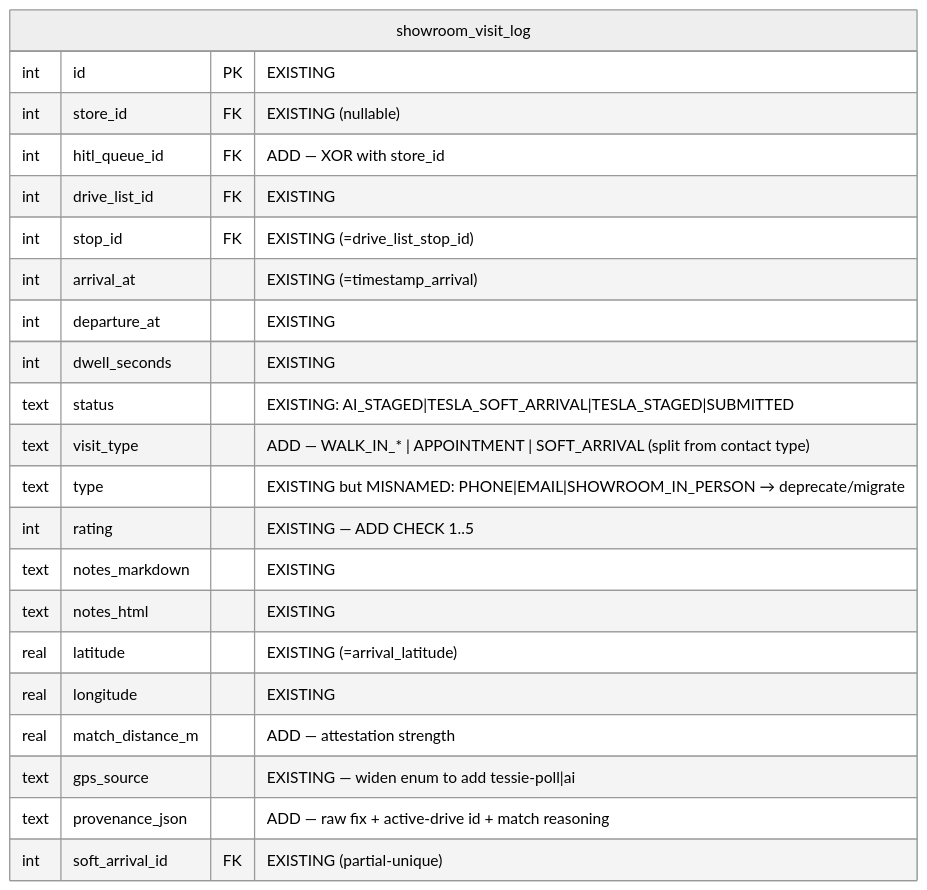
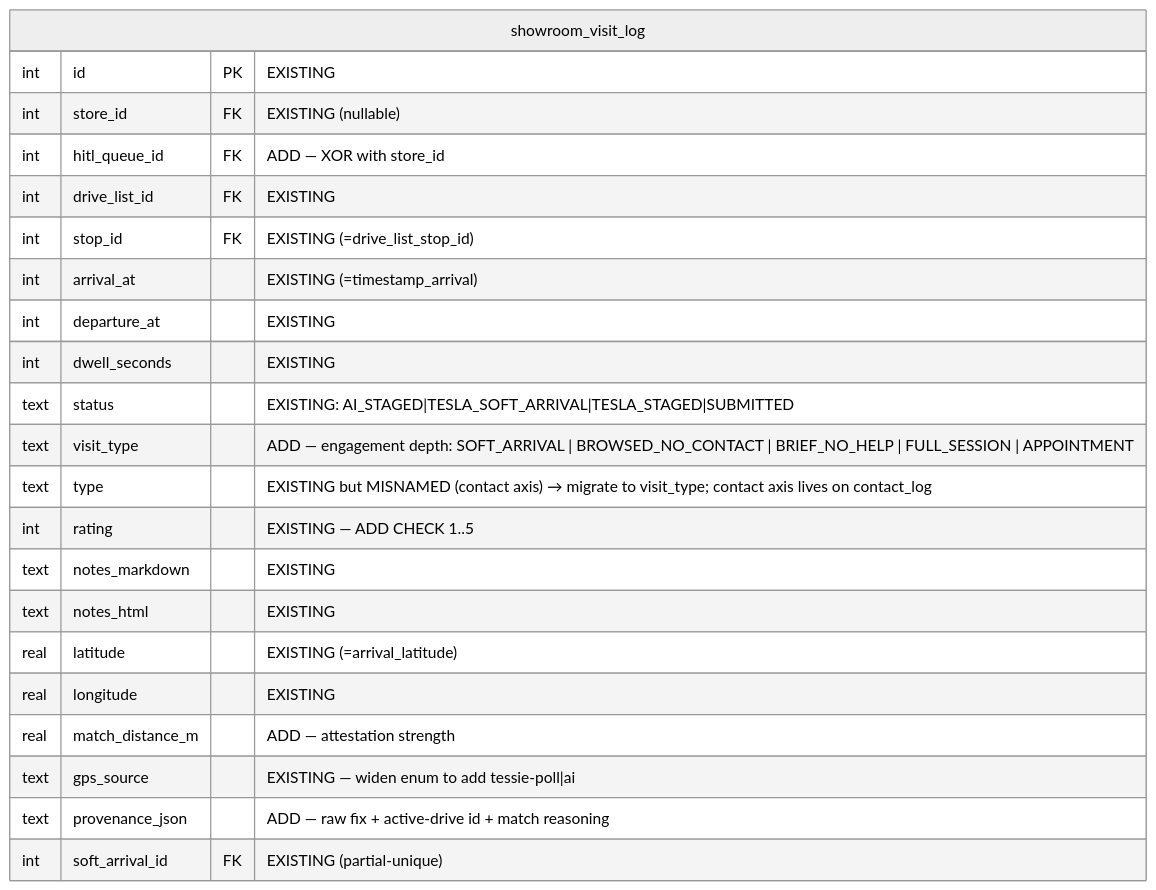
The eighth of 10 diagrams in docs/0032_location_visits_discovery/IMPLEMENTATION_PLAN.md (jmbish04/core-remodel), drawn with Mermaid (neutral theme) before and after one commit. The commit also changed other lines of this file, not shown here.

First line of the commit message:
docs(0032): confirm D-1 — visit_type = engagement depth; contact_log optional visit FK

````diff
--- a/docs/0032_location_visits_discovery/IMPLEMENTATION_PLAN.md
+++ b/docs/0032_location_visits_discovery/IMPLEMENTATION_PLAN.md
@@ -225,25 +225,25 @@
 ```mermaid
 erDiagram
     showroom_visit_log {
         int id PK "EXISTING"
         int store_id FK "EXISTING (nullable)"
         int hitl_queue_id FK "ADD — XOR with store_id"
         int drive_list_id FK "EXISTING"
         int stop_id FK "EXISTING (=drive_list_stop_id)"
         int arrival_at "EXISTING (=timestamp_arrival)"
         int departure_at "EXISTING"
         int dwell_seconds "EXISTING"
         text status "EXISTING: AI_STAGED|TESLA_SOFT_ARRIVAL|TESLA_STAGED|SUBMITTED"
-        text visit_type "ADD — WALK_IN_* | APPOINTMENT | SOFT_ARRIVAL (split from contact type)"
-        text type "EXISTING but MISNAMED: PHONE|EMAIL|SHOWROOM_IN_PERSON → deprecate/migrate"
+        text visit_type "ADD — engagement depth: SOFT_ARRIVAL | BROWSED_NO_CONTACT | BRIEF_NO_HELP | FULL_SESSION | APPOINTMENT"
+        text type "EXISTING but MISNAMED (contact axis) → migrate to visit_type; contact axis lives on contact_log"
         int rating "EXISTING — ADD CHECK 1..5"
         text notes_markdown "EXISTING"
         text notes_html "EXISTING"
         real latitude "EXISTING (=arrival_latitude)"
         real longitude "EXISTING"
         real match_distance_m "ADD — attestation strength"
         text gps_source "EXISTING — widen enum to add tessie-poll|ai"
         text provenance_json "ADD — raw fix + active-drive id + match reasoning"
         int soft_arrival_id FK "EXISTING (partial-unique)"
     }
 ```
````
